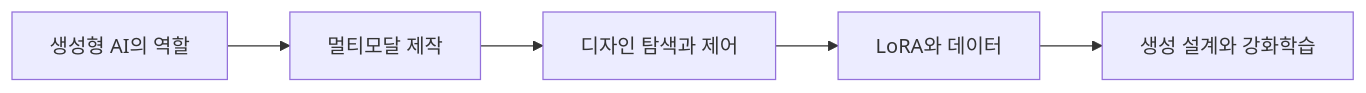
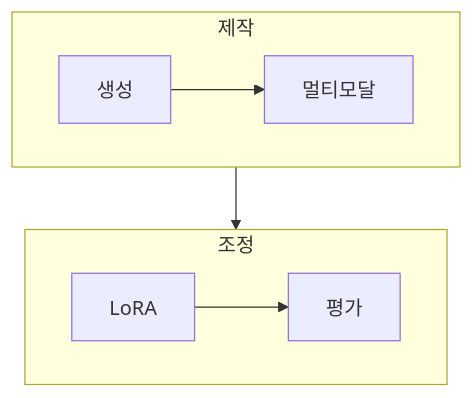
One commit to umyunsang/edu changed the diagram in ComputerScience/03_ai-ml-data/generative-ai-fine-tuning/README.md. Above: the diagram before and after it, drawn with Mermaid. The commit also changed other lines of this file and 12 other files, not shown here.

````diff
--- a/ComputerScience/03_ai-ml-data/generative-ai-fine-tuning/README.md
+++ b/ComputerScience/03_ai-ml-data/generative-ai-fine-tuning/README.md
@@ -20,7 +21,12 @@
 ```mermaid
-flowchart LR
-    A["생성형 AI의 역할"] --> B["멀티모달 제작"]
-    B --> C["디자인 탐색과 제어"]
-    C --> D["LoRA와 데이터"]
-    D --> E["생성 설계와 강화학습"]
+flowchart TB
+    subgraph Make[제작]
+        direction LR
+        A[생성] --> B[멀티모달]
+    end
+    subgraph Tune[조정]
+        direction LR
+        C[LoRA] --> D[평가]
+    end
+    B --> C
 ```
````
